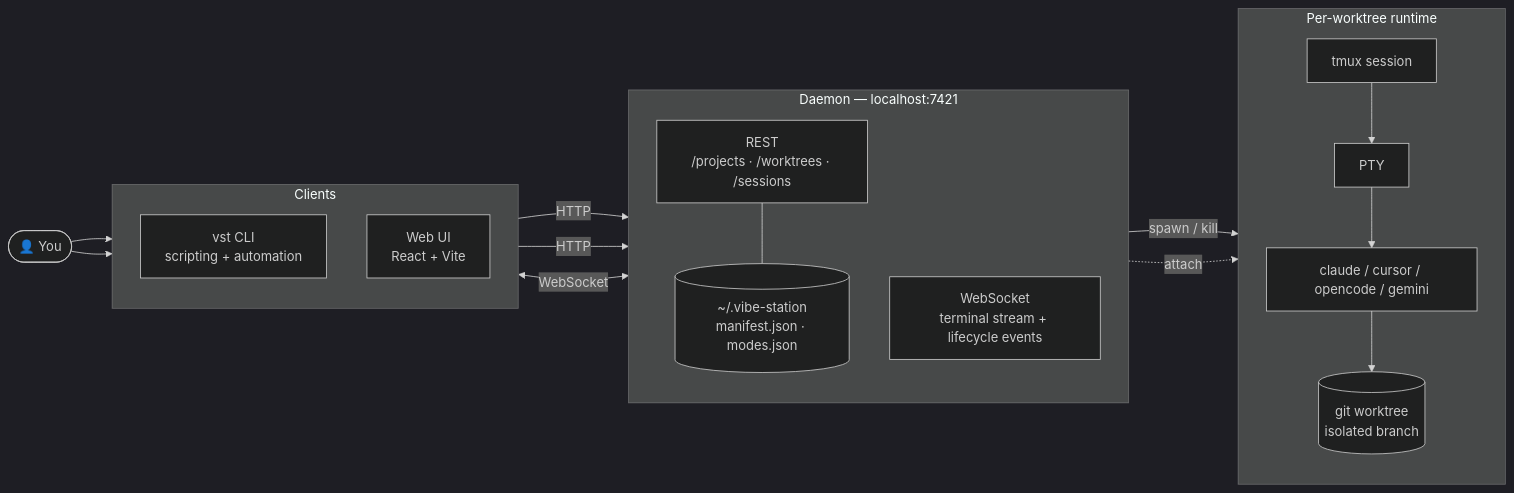
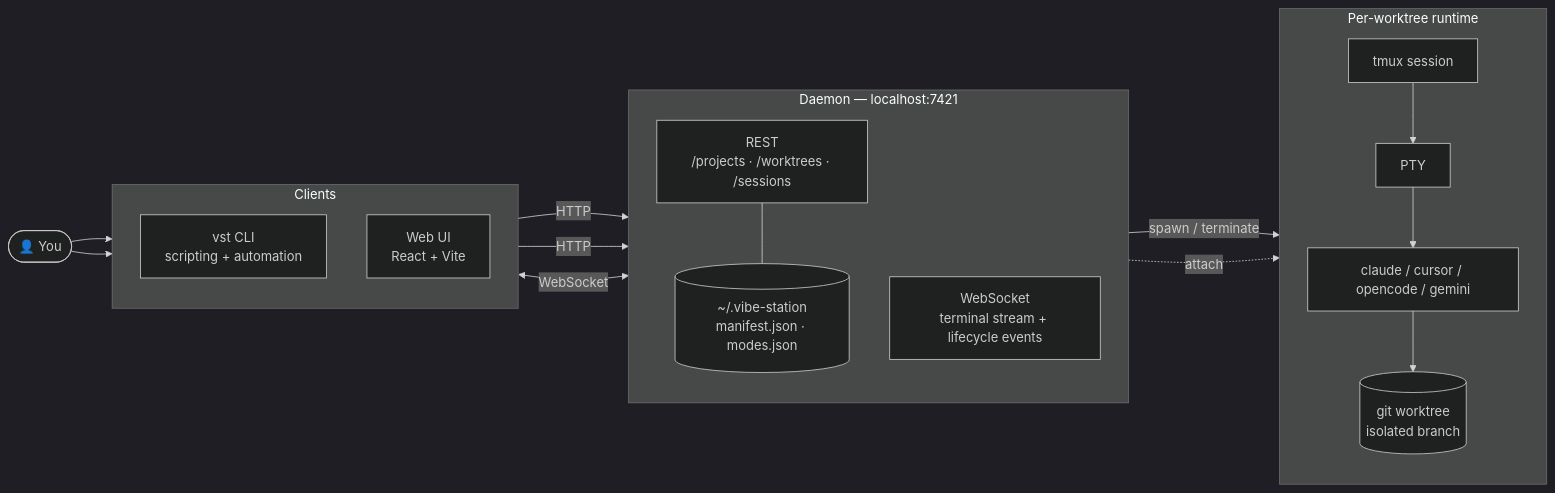
Before and after one commit to fastestdevalive/vibe-station: the diagram in README.md, drawn with Mermaid (dark theme). The commit also changed other lines of this file and 17 other files, not shown here.

````diff
--- a/README.md
+++ b/README.md
@@ -340,36 +340,36 @@
 ```mermaid
 flowchart LR
   user([👤 You])
 
   subgraph clients [Clients]
     direction TB
     cli["vst CLI<br/>scripting + automation"]
     webui["Web UI<br/>React + Vite"]
   end
 
   subgraph daemon ["Daemon — localhost:7421"]
     direction TB
     rest["REST<br/>/projects · /worktrees · /sessions"]
     ws["WebSocket<br/>terminal stream + lifecycle events"]
     state[("~/.vibe-station<br/>manifest.json · modes.json")]
   end
 
   subgraph runtime ["Per-worktree runtime"]
     direction TB
     tmux["tmux session"]
     pty["PTY"]
     agent["claude / cursor / opencode / gemini"]
     repo[("git worktree<br/>isolated branch")]
   end
 
   user --> cli
   user --> webui
   cli -->|HTTP| rest
   webui -->|HTTP| rest
   webui <-->|WebSocket| ws
   rest --- state
-  rest -->|spawn / kill| tmux
+  rest -->|spawn / terminate| tmux
   ws -.->|attach| tmux
   tmux --> pty --> agent
   agent --> repo
 ```
````
